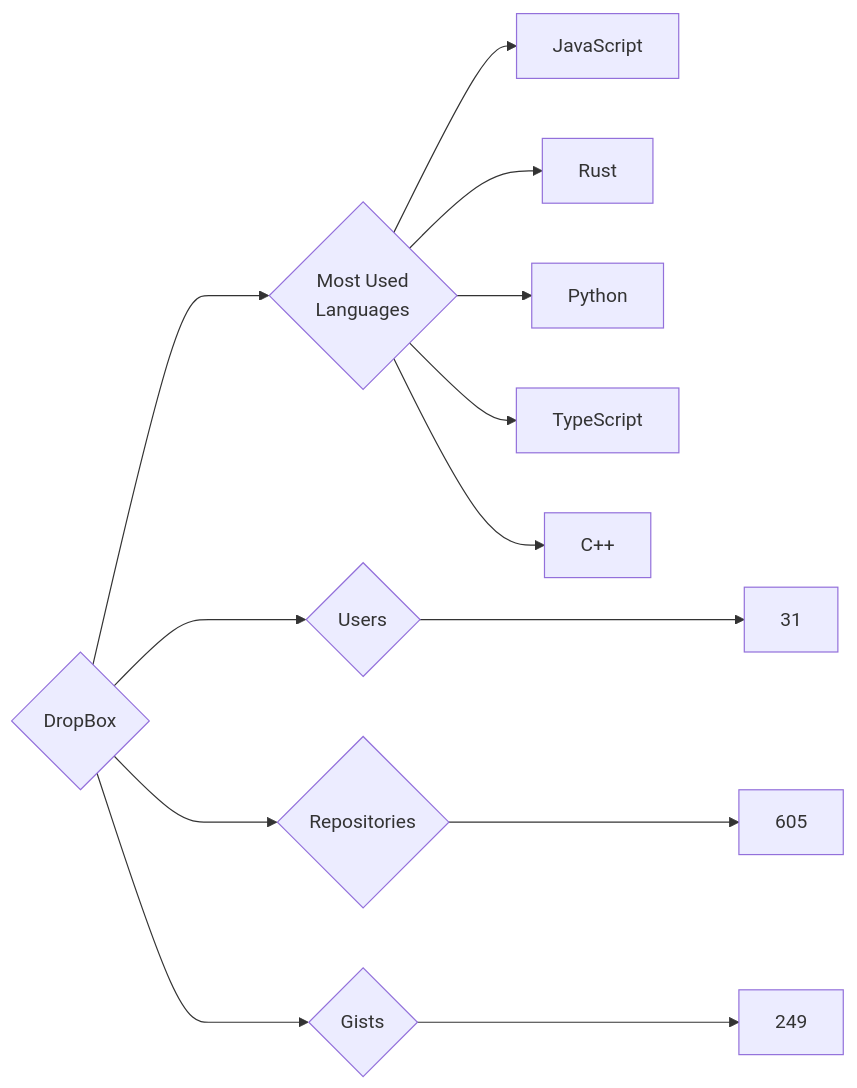
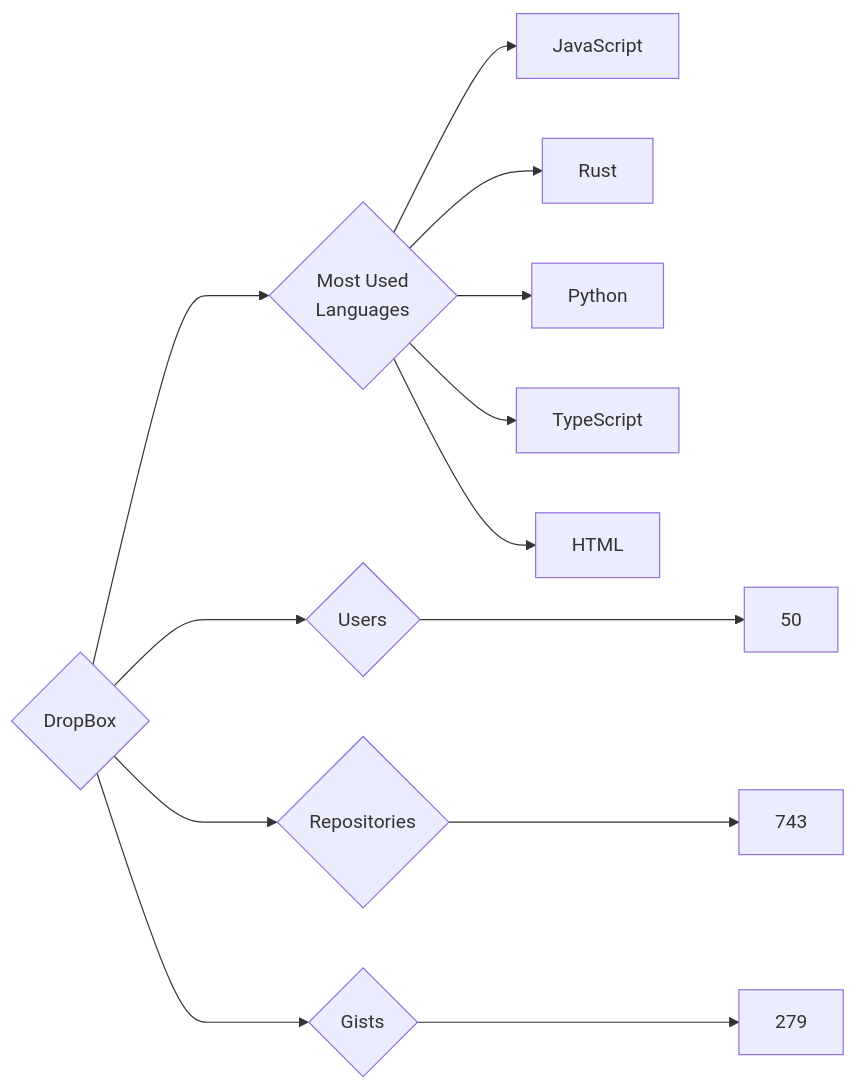
One commit to trickest/insiders changed the diagram in targets/DropBox/README.md. Above: the diagram before and after it, drawn with Mermaid. The commit also changed 786 other files, not shown here.

````diff
--- a/targets/DropBox/README.md
+++ b/targets/DropBox/README.md
@@ -3,13 +3,13 @@
 ```mermaid
 graph LR
 COMPANY_NAME{DropBox}
-COMPANY_NAME ---> U{Users} ---> UN[31]
-COMPANY_NAME ---> R{Repositories} ---> RN[605]
-COMPANY_NAME ---> G{Gists} ---> GN[249]
+COMPANY_NAME ---> U{Users} ---> UN[50]
+COMPANY_NAME ---> R{Repositories} ---> RN[743]
+COMPANY_NAME ---> G{Gists} ---> GN[279]
 COMPANY_NAME ---> ML{Most Used<br>Languages}
 ML --> JavaScript[JavaScript]
 ML --> Rust[Rust]
 ML --> Python[Python]
 ML --> TypeScript[TypeScript]
-ML --> C++[C++]
+ML --> HTML[HTML]
 ```
````
